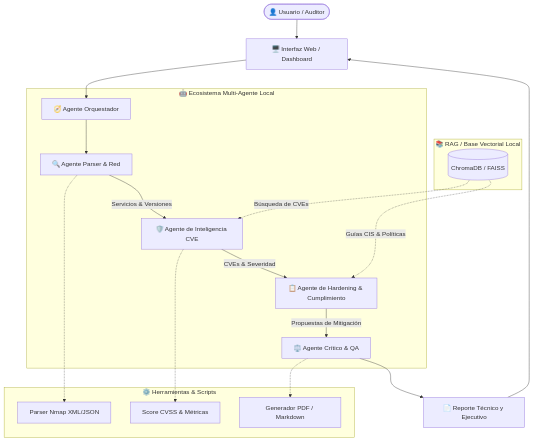
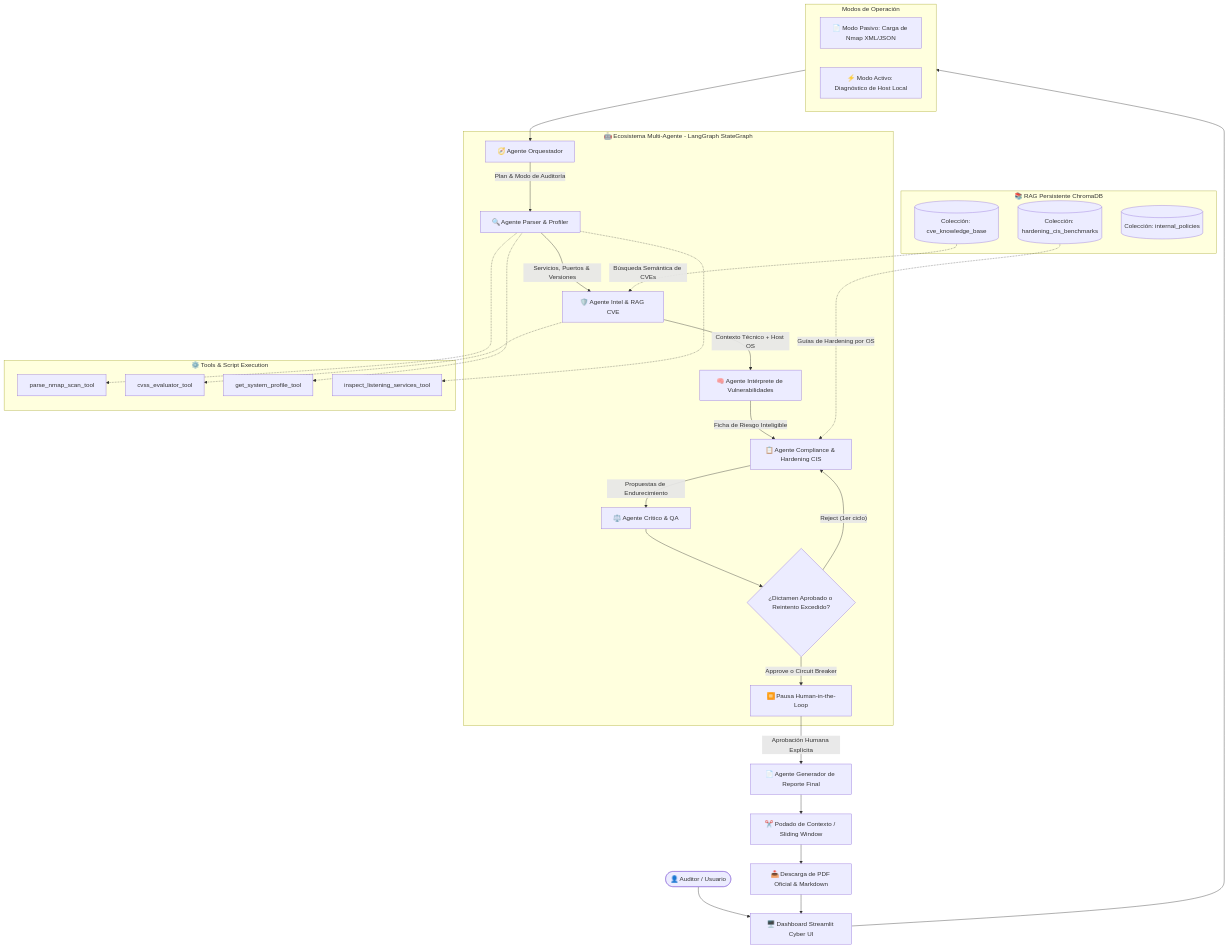
The diagram in README.md (Santiard/AI-CAPIBARA-HACKER), drawn with Mermaid before and after one commit. The commit also changed other lines of this file and 4 other files, not shown here.

Commit message:
docs(readme): update system architecture, active diagnosis mode, interpreter agent and hitl flow

````diff
--- a/README.md
+++ b/README.md
@@ -29,31 +34,52 @@
 ```mermaid
 flowchart TD
-    User([👤 Usuario / Auditor]) --> UI[🖥️ Interfaz Web / Dashboard]
-    UI --> Orchestrator[🧭 Agente Orquestador]
+    User([👤 Auditor / Usuario]) --> UI[🖥️ Dashboard Streamlit Cyber UI]
     
-    subgraph MultiAgentSystem [🤖 Ecosistema Multi-Agente Local]
-        Orchestrator --> Parser[🔍 Agente Parser & Red]
-        Parser -->|Servicios & Versiones| Intel[🛡️ Agente de Inteligencia CVE]
+    subgraph UI_Controls [Modos de Operación]
+        ModePassive[📄 Modo Pasivo: Carga de Nmap XML/JSON]
+        ModeActive[⚡ Modo Activo: Diagnóstico de Host Local]
+    end
+    
+    UI --> UI_Controls
+    UI_Controls --> Orchestrator[🧭 Agente Orquestador]
+
+    subgraph MAS [🤖 Ecosistema Multi-Agente - LangGraph StateGraph]
+        Orchestrator -->|Plan & Modo de Auditoría| Parser[🔍 Agente Parser & Profiler]
         
-        Intel -->|CVEs & Severidad| Compliance[📋 Agente de Hardening & Cumplimiento]
-        Compliance -->|Propuestas de Mitigación| Critic[⚖️ Agente Crítico & QA]
+        Parser -->|Servicios, Puertos & Versiones| Intel[🛡️ Agente Intel & RAG CVE]
+        Intel -->|Contexto Técnico + Host OS| Interpreter[🧠 Agente Intérprete de Vulnerabilidades]
+        Interpreter -->|Ficha de Riesgo Inteligible| Compliance[📋 Agente Compliance & Hardening CIS]
+        
+        Compliance -->|Propuestas de Endurecimiento| Critic[⚖️ Agente Crítico & QA]
+        
+        Critic --> RouterCritic{¿Dictamen Aprobado o Reintento Excedido?}
+        RouterCritic -- "Reject (1er ciclo)" --> Compliance
+        RouterCritic -- "Approve o Circuit Breaker" --> HITL[⏸️ Pausa Human-in-the-Loop]
     end
 
-    subgraph KnowledgeBase [📚 RAG / Base Vectorial Local]
-        VectorStore[(ChromaDB / FAISS)]
-        VectorStore -.->|Búsqueda de CVEs| Intel
-        VectorStore -.->|Guías CIS & Políticas| Compliance
+    subgraph KnowledgeBase [📚 RAG Persistente ChromaDB]
+        ColCVE[(Colección: cve_knowledge_base)]
+        ColCIS[(Colección: hardening_cis_benchmarks)]
+        ColPolicies[(Colección: internal_policies)]
+        
+        ColCVE -.->|Búsqueda Semántica de CVEs| Intel
+        ColCIS -.->|Guías de Hardening por OS| Compliance
     end
 
-    subgraph Tools [⚙️ Herramientas & Scripts]
-        NmapTool[Parser Nmap XML/JSON]
-        CVSSTool[Score CVSS & Métricas]
-        ReportTool[Generador PDF / Markdown]
-        Parser -.-> NmapTool
-        Intel -.-> CVSSTool
-        Critic -.-> ReportTool
+    subgraph ToolsModule [⚙️ Tools & Script Execution]
+        ToolNmap[parse_nmap_scan_tool]
+        ToolCVSS[cvss_evaluator_tool]
+        ToolHost[get_system_profile_tool]
+        ToolSockets[inspect_listening_services_tool]
+        
+        Parser -.-> ToolNmap
+        Parser -.-> ToolHost
+        Parser -.-> ToolSockets
+        Intel -.-> ToolCVSS
     end
 
-    Critic --> FinalReport[📄 Reporte Técnico y Ejecutivo]
-    FinalReport --> UI
+    HITL -->|Aprobación Humana Explícita| FinalReport[📄 Agente Generador de Reporte Final]
+    FinalReport --> ContextPruning[✂️ Podado de Contexto / Sliding Window]
+    ContextPruning --> OutputDelivery[📥 Descarga de PDF Oficial & Markdown]
+    OutputDelivery --> UI
 ```
````
